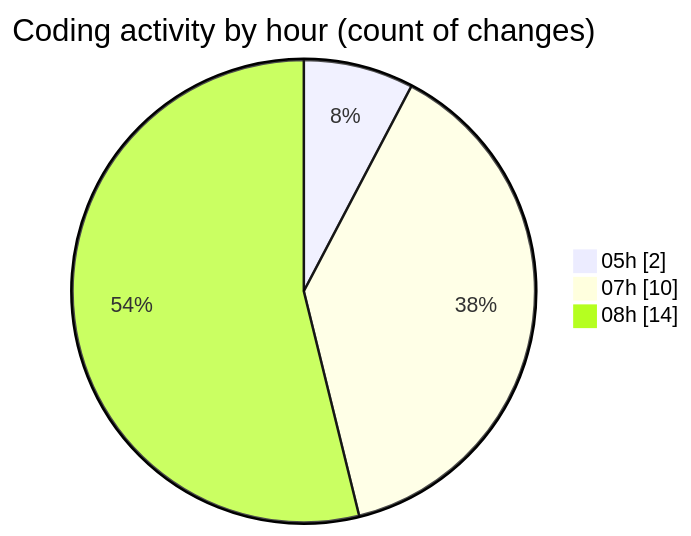
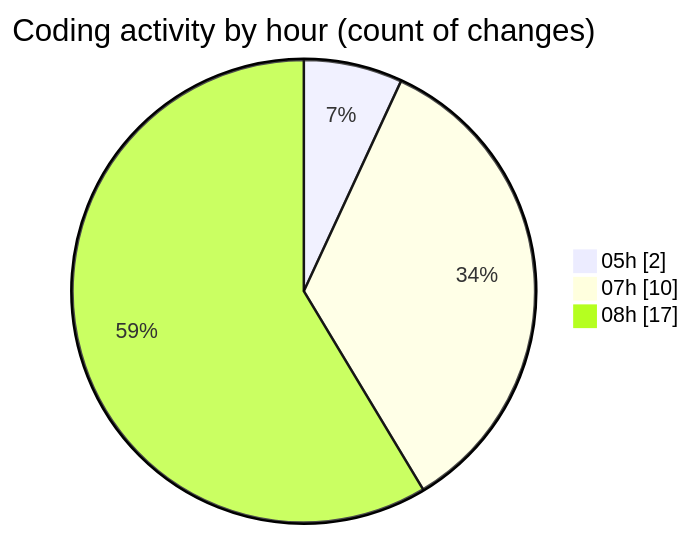
One commit to Elitesun/code-tracking changed the second of 2 diagrams in 2025-04-08/sungpt/README.md. Above: the diagram before and after it, drawn with Mermaid. The commit also changed other lines of this file and 1 other file, not shown here.

````diff
--- a/2025-04-08/sungpt/README.md
+++ b/2025-04-08/sungpt/README.md
@@ -36,7 +36,7 @@
 ```mermaid
 pie showData
 title Coding activity by hour (count of changes)
 "05h" : 2
 "07h" : 10
-"08h" : 14
+"08h" : 17
 ```
````
